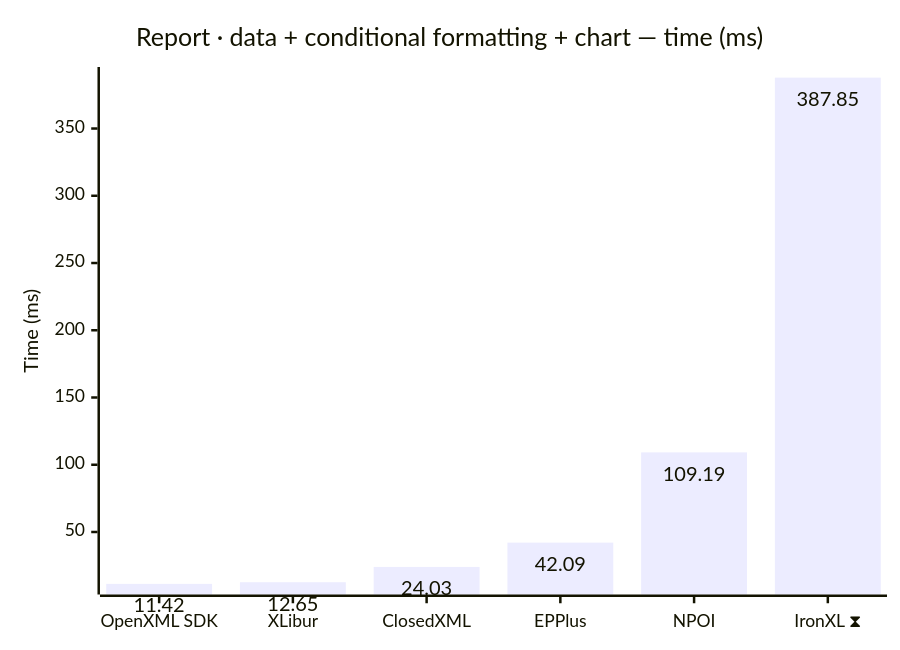
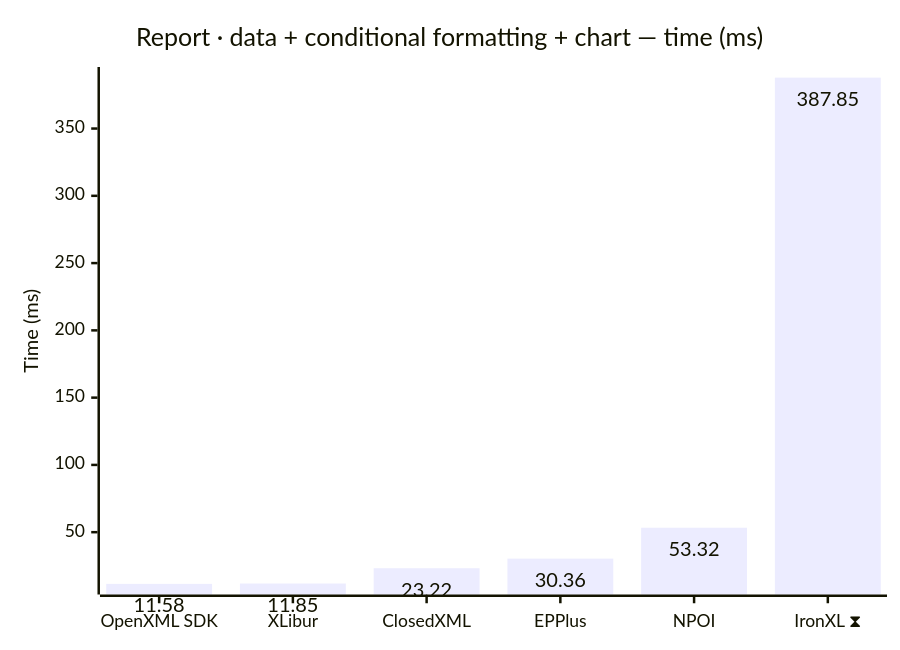
The seventh of 12 diagrams in docs/results-ci.md (jafin/XLBench), drawn with Mermaid before and after one commit. The commit also changed other lines of this file, not shown here.

````diff
--- a/docs/results-ci.md
+++ b/docs/results-ci.md
@@ -119,12 +119,12 @@
 ```mermaid
 ---
 config:
   xyChart:
     showDataLabel: true
 ---
 xychart-beta
     title "Report · data + conditional formatting + chart — time (ms)"
     x-axis ["OpenXML SDK", "XLibur", "ClosedXML", "EPPlus", "NPOI", "IronXL ⧗"]
     y-axis "Time (ms)"
-    bar [11.42, 12.65, 24.03, 42.09, 109.19, 387.85]
+    bar [11.58, 11.85, 23.22, 30.36, 53.32, 387.85]
 ```
````
